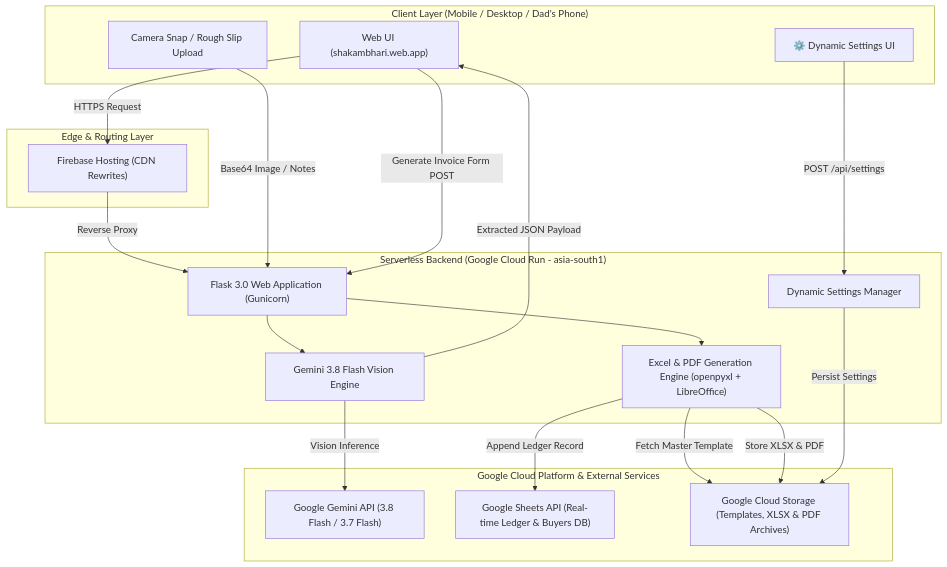
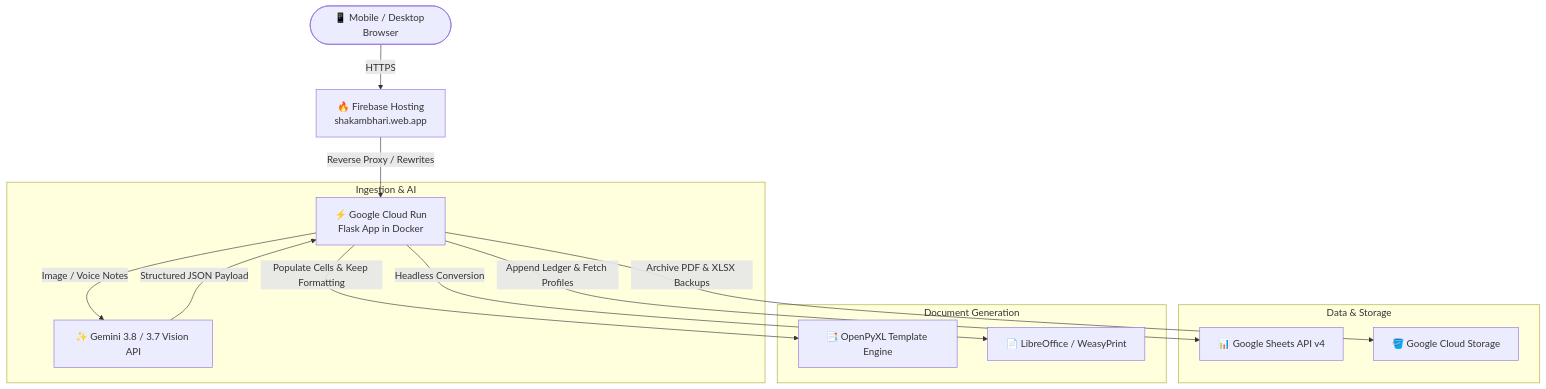
One commit to Suvichan2005/Shakambhari-Enterprises-Bill-Generator changed the diagram in README.md. Above: the diagram before and after it, drawn with Mermaid. The commit also changed other lines of this file and 25 other files, not shown here.

Commit message:
Add installable PWA support, dynamic system settings modal, and authentic technical README

````diff
--- a/README.md
+++ b/README.md
@@ -58,41 +61,20 @@
 ```mermaid
 flowchart TD
-    subgraph Client ["Client Layer (Mobile / Desktop / Dad's Phone)"]
-        UI["Web UI (shakambhari.web.app)"]
-        Camera["Camera Snap / Rough Slip Upload"]
-        SettingsModal["⚙️ Dynamic Settings UI"]
+    User([📱 Mobile / Desktop Browser]) -->|HTTPS| Firebase[🔥 Firebase Hosting<br>shakambhari.web.app]
+    Firebase -->|Reverse Proxy / Rewrites| CloudRun[⚡ Google Cloud Run<br>Flask App in Docker]
+    
+    subgraph Ingestion & AI
+        CloudRun -->|Image / Voice Notes| Gemini[✨ Gemini 3.8 / 3.7 Vision API]
+        Gemini -->|Structured JSON Payload| CloudRun
     end
-
-    subgraph Edge ["Edge & Routing Layer"]
-        Firebase["Firebase Hosting (CDN Rewrites)"]
+    
+    subgraph Data & Storage
+        CloudRun -->|Append Ledger & Fetch Profiles| Sheets[📊 Google Sheets API v4]
+        CloudRun -->|Archive PDF & XLSX Backups| GCS[🪣 Google Cloud Storage]
     end
-
-    subgraph Compute ["Serverless Backend (Google Cloud Run - asia-south1)"]
-        Flask["Flask 3.0 Web Application (Gunicorn)"]
-        AIEngine["Gemini 3.8 Flash Vision Engine"]
-        ExcelEngine["Excel & PDF Generation Engine (openpyxl + LibreOffice)"]
-        SettingsMgr["Dynamic Settings Manager"]
+    
+    subgraph Document Generation
+        CloudRun -->|Populate Cells & Keep Formatting| OpenPyXL[📑 OpenPyXL Template Engine]
+        CloudRun -->|Headless Conversion| PDFEngine[📄 LibreOffice / WeasyPrint]
     end
-
-    subgraph GoogleCloud ["Google Cloud Platform & External Services"]
-        GeminiAPI["Google Gemini API (3.8 Flash / 3.7 Flash)"]
-        Sheets["Google Sheets API (Real-time Ledger & Buyers DB)"]
-        GCS["Google Cloud Storage (Templates, XLSX & PDF Archives)"]
-    end
-
-    UI -->|HTTPS Request| Firebase
-    Firebase -->|Reverse Proxy| Flask
-    Camera -->|Base64 Image / Notes| Flask
-    SettingsModal -->|POST /api/settings| SettingsMgr
-
-    Flask --> AIEngine
-    AIEngine -->|Vision Inference| GeminiAPI
-    AIEngine -->|Extracted JSON Payload| UI
-
-    UI -->|Generate Invoice Form POST| Flask
-    Flask --> ExcelEngine
-    ExcelEngine -->|Fetch Master Template| GCS
-    ExcelEngine -->|Store XLSX & PDF| GCS
-    ExcelEngine -->|Append Ledger Record| Sheets
-    SettingsMgr -->|Persist Settings| GCS
 ```
````
